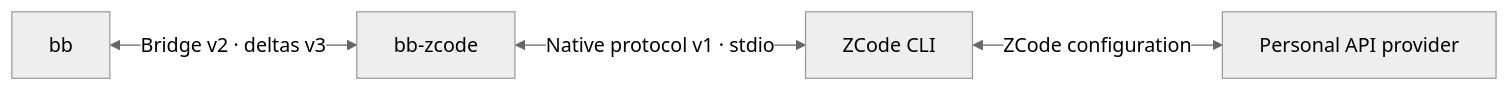
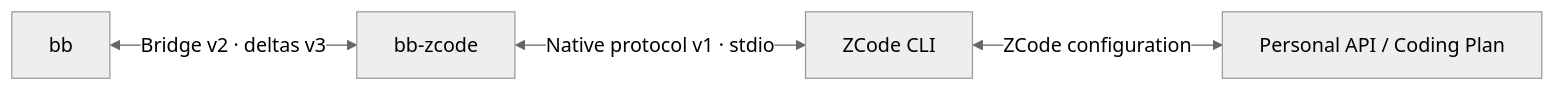
The diagram in README.md (dpolishuk/bb-zcode), drawn with Mermaid (neutral theme) before and after one commit. The commit also changed other lines of this file and 24 other files, not shown here.

````diff
--- a/README.md
+++ b/README.md
@@ -171,6 +177,6 @@
 ```mermaid
 flowchart LR
     BB["bb"] <-->|"Bridge v2 · deltas v3"| Plugin["bb-zcode"]
     Plugin <-->|"Native protocol v1 · stdio"| CLI["ZCode CLI"]
-    CLI <-->|"ZCode configuration"| Model["Personal API provider"]
+    CLI <-->|"ZCode configuration"| Model["Personal API / Coding Plan"]
 ```
````
